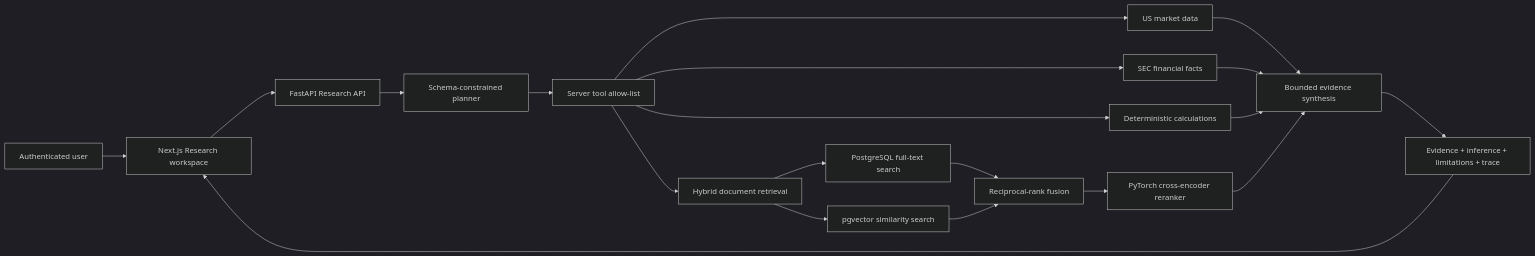
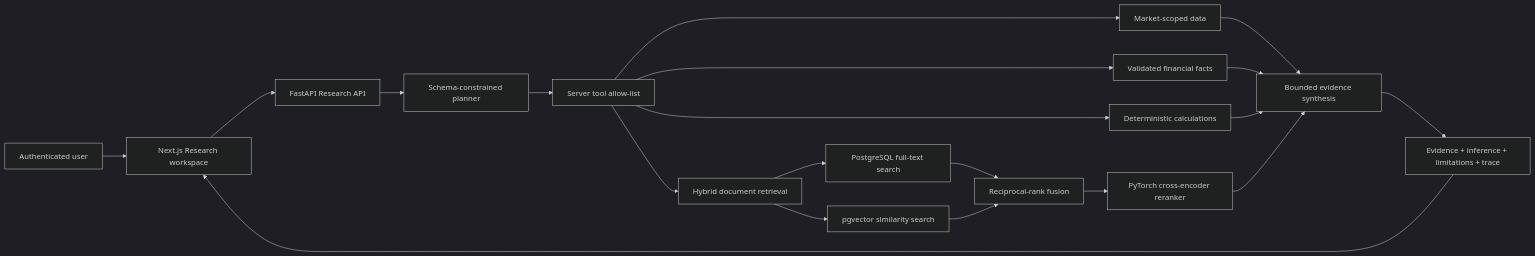
Before and after one commit to thisiscatcode/aistockcn: the first of 2 diagrams in docs/RESEARCH_COPILOT.md, drawn with Mermaid (dark theme). The commit also changed other lines of this file and 66 other files, not shown here.

````diff
--- a/docs/RESEARCH_COPILOT.md
+++ b/docs/RESEARCH_COPILOT.md
@@ -48,22 +48,22 @@
 ```mermaid
 flowchart LR
     U["Authenticated user"] --> W["Next.js Research workspace"]
     W --> A["FastAPI Research API"]
     A --> P["Schema-constrained planner"]
     P --> T["Server tool allow-list"]
-    T --> M["US market data"]
-    T --> F["SEC financial facts"]
+    T --> M["Market-scoped data"]
+    T --> F["Validated financial facts"]
     T --> C["Deterministic calculations"]
     T --> H["Hybrid document retrieval"]
     H --> L["PostgreSQL full-text search"]
     H --> V["pgvector similarity search"]
     L --> R["Reciprocal-rank fusion"]
     V --> R
     R --> X["PyTorch cross-encoder reranker"]
     M --> S["Bounded evidence synthesis"]
     F --> S
     C --> S
     X --> S
     S --> O["Evidence + inference + limitations + trace"]
     O --> W
 ```
````
